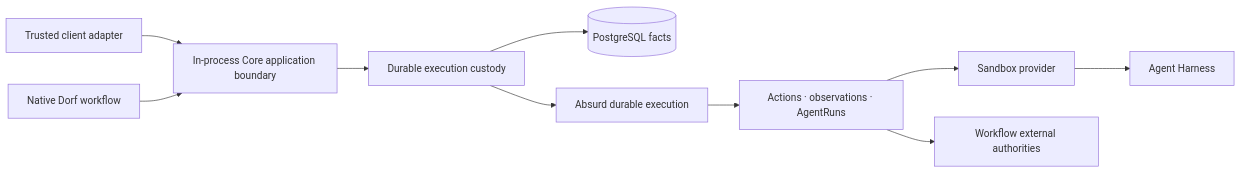
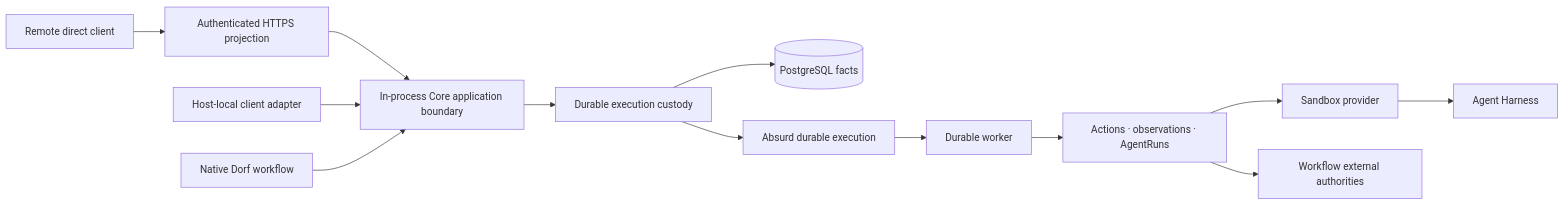
One commit to aphronio/dorf changed the diagram in docs/project/architecture.md. Above: the diagram before and after it, drawn with Mermaid. The commit also changed other lines of this file and 40 other files, not shown here.

Commit message:
feat(control): add authenticated remote direct jobs

````diff
--- a/docs/project/architecture.md
+++ b/docs/project/architecture.md
@@ -11,12 +11,15 @@
 ```mermaid
 flowchart LR
-    Client["Trusted client adapter"] --> Core["In-process Core application boundary"]
+    Remote["Remote direct client"] --> HTTPS["Authenticated HTTPS projection"]
+    HTTPS --> Core["In-process Core application boundary"]
+    Client["Host-local client adapter"] --> Core
     Workflow["Native Dorf workflow"] --> Core
     Core --> Custody["Durable execution custody"]
     Custody --> PG[("PostgreSQL facts")]
     Custody --> Absurd["Absurd durable execution"]
-    Absurd --> Edge["Actions · observations · AgentRuns"]
+    Absurd --> Worker["Durable worker"]
+    Worker --> Edge["Actions · observations · AgentRuns"]
     Edge --> Sandbox["Sandbox provider"]
     Edge --> External["Workflow external authorities"]
     Sandbox --> Harness["Agent Harness"]
 ```
````
